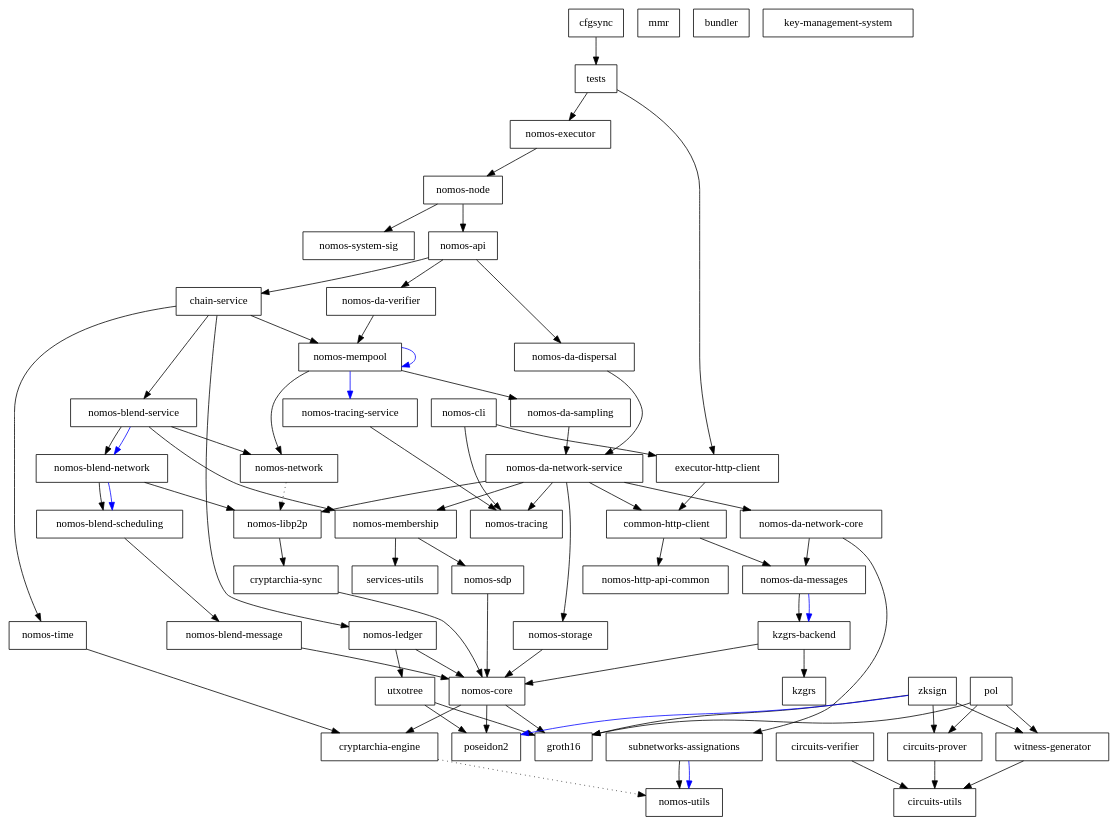
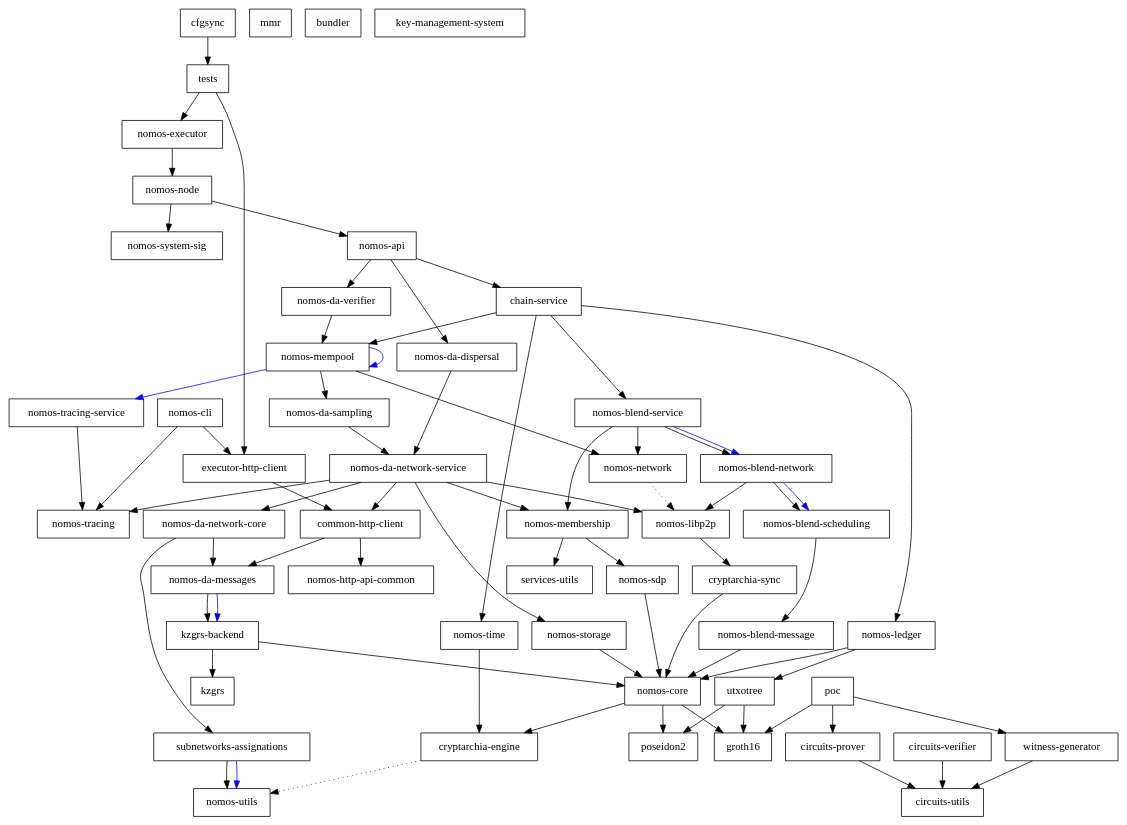
Before and after one commit to logos-co/nomos: the diagram in dependencies_graph.dot, drawn with Graphviz. The commit also changed 4 other files, not shown here.

```diff
--- a/dependencies_graph.dot
+++ b/dependencies_graph.dot
@@ -1,128 +1,123 @@
 digraph {
     0 [ label = "cryptarchia-engine" shape = box]
     1 [ label = "nomos-utils" shape = box]
     2 [ label = "cryptarchia-sync" shape = box]
     3 [ label = "nomos-core" shape = box]
     4 [ label = "groth16" shape = box]
     5 [ label = "poseidon2" shape = box]
     6 [ label = "nomos-ledger" shape = box]
     7 [ label = "utxotree" shape = box]
     8 [ label = "mmr" shape = box]
     9 [ label = "nomos-http-api-common" shape = box]
     10 [ label = "nomos-executor" shape = box]
     11 [ label = "kzgrs-backend" shape = box]
     12 [ label = "kzgrs" shape = box]
     13 [ label = "nomos-api" shape = box]
     14 [ label = "chain-service" shape = box]
     15 [ label = "nomos-blend-service" shape = box]
     16 [ label = "nomos-blend-message" shape = box]
     17 [ label = "nomos-blend-network" shape = box]
     18 [ label = "nomos-blend-scheduling" shape = box]
     19 [ label = "nomos-libp2p" shape = box]
     20 [ label = "nomos-membership" shape = box]
     21 [ label = "nomos-sdp" shape = box]
     22 [ label = "services-utils" shape = box]
     23 [ label = "nomos-network" shape = box]
     24 [ label = "nomos-da-sampling" shape = box]
     25 [ label = "nomos-da-network-core" shape = box]
     26 [ label = "nomos-da-messages" shape = box]
     27 [ label = "subnetworks-assignations" shape = box]
     28 [ label = "nomos-da-network-service" shape = box]
     29 [ label = "common-http-client" shape = box]
     30 [ label = "nomos-storage" shape = box]
     31 [ label = "nomos-tracing" shape = box]
     32 [ label = "nomos-mempool" shape = box]
     33 [ label = "nomos-tracing-service" shape = box]
     34 [ label = "nomos-time" shape = box]
     35 [ label = "nomos-da-dispersal" shape = box]
     36 [ label = "nomos-da-verifier" shape = box]
     37 [ label = "nomos-node" shape = box]
     38 [ label = "nomos-system-sig" shape = box]
     39 [ label = "executor-http-client" shape = box]
     40 [ label = "bundler" shape = box]
     41 [ label = "nomos-cli" shape = box]
     42 [ label = "key-management-system" shape = box]
     43 [ label = "cfgsync" shape = box]
     44 [ label = "tests" shape = box]
     45 [ label = "circuits-prover" shape = box]
     46 [ label = "circuits-utils" shape = box]
     47 [ label = "circuits-verifier" shape = box]
     48 [ label = "witness-generator" shape = box]
-    49 [ label = "pol" shape = box]
-    50 [ label = "zksign" shape = box]
+    49 [ label = "poc" shape = box]
     0 -> 1 [ style = dotted]
     2 -> 3 [ ]
     3 -> 0 [ ]
     3 -> 4 [ ]
     3 -> 5 [ ]
     6 -> 3 [ ]
     6 -> 7 [ ]
     7 -> 4 [ ]
     7 -> 5 [ ]
     10 -> 37 [ ]
     11 -> 12 [ ]
     11 -> 3 [ ]
     13 -> 14 [ ]
     13 -> 35 [ ]
     13 -> 36 [ ]
     14 -> 15 [ ]
     14 -> 6 [ ]
     14 -> 32 [ ]
     14 -> 34 [ ]
     15 -> 17 [ ]
     15 -> 17 [ color = blue]
     15 -> 20 [ ]
     15 -> 23 [ ]
     16 -> 3 [ ]
     17 -> 18 [ ]
     17 -> 18 [ color = blue]
     17 -> 19 [ ]
     18 -> 16 [ ]
     19 -> 2 [ ]
     20 -> 21 [ ]
     20 -> 22 [ ]
     21 -> 3 [ ]
     23 -> 19 [ style = dotted]
     24 -> 28 [ ]
     25 -> 26 [ ]
     25 -> 27 [ ]
     26 -> 11 [ ]
     26 -> 11 [ color = blue]
     27 -> 1 [ ]
     27 -> 1 [ color = blue]
     28 -> 29 [ ]
     28 -> 25 [ ]
     28 -> 19 [ ]
     28 -> 20 [ ]
     28 -> 30 [ ]
     28 -> 31 [ ]
     29 -> 26 [ ]
     29 -> 9 [ ]
     30 -> 3 [ ]
     32 -> 24 [ ]
     32 -> 32 [ color = blue]
     32 -> 23 [ ]
     32 -> 33 [ color = blue]
     33 -> 31 [ ]
     34 -> 0 [ ]
     35 -> 28 [ ]
     36 -> 32 [ ]
     37 -> 13 [ ]
     37 -> 38 [ ]
     39 -> 29 [ ]
     41 -> 39 [ ]
     41 -> 31 [ ]
     43 -> 44 [ ]
     44 -> 39 [ ]
     44 -> 10 [ ]
     45 -> 46 [ ]
     47 -> 46 [ ]
     48 -> 46 [ ]
     49 -> 45 [ ]
     49 -> 4 [ ]
     49 -> 48 [ ]
-    50 -> 45 [ ]
-    50 -> 4 [ ]
-    50 -> 5 [ color = blue]
-    50 -> 48 [ ]
 }
```
